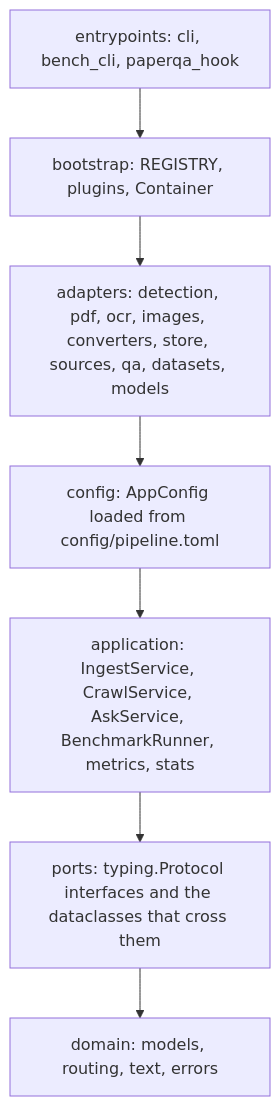
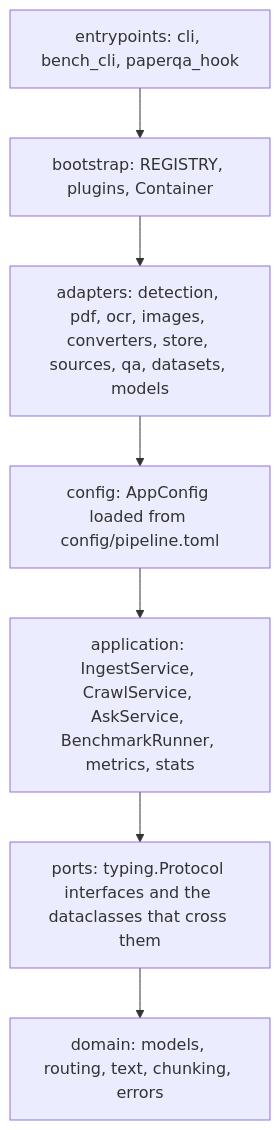
Before and after one commit to etxsA/doc-ingest: the first of 18 diagrams in packages/docingest/docs/architecture.md, drawn with Mermaid. The commit also changed other lines of this file and 9 other files, not shown here.

````diff
--- a/packages/docingest/docs/architecture.md
+++ b/packages/docingest/docs/architecture.md
@@ -66,16 +66,16 @@
 ```mermaid
 flowchart TD
     EP["entrypoints: cli, bench_cli, paperqa_hook"]
     BS["bootstrap: REGISTRY, plugins, Container"]
     AD["adapters: detection, pdf, ocr, images, converters, store, sources, qa, datasets, models"]
     CF["config: AppConfig loaded from config/pipeline.toml"]
     AP["application: IngestService, CrawlService, AskService, BenchmarkRunner, metrics, stats"]
     PT["ports: typing.Protocol interfaces and the dataclasses that cross them"]
-    DM["domain: models, routing, text, errors"]
+    DM["domain: models, routing, text, chunking, errors"]
     EP --> BS
     BS --> AD
     AD --> CF
     CF --> AP
     AP --> PT
     PT --> DM
 ```
````
